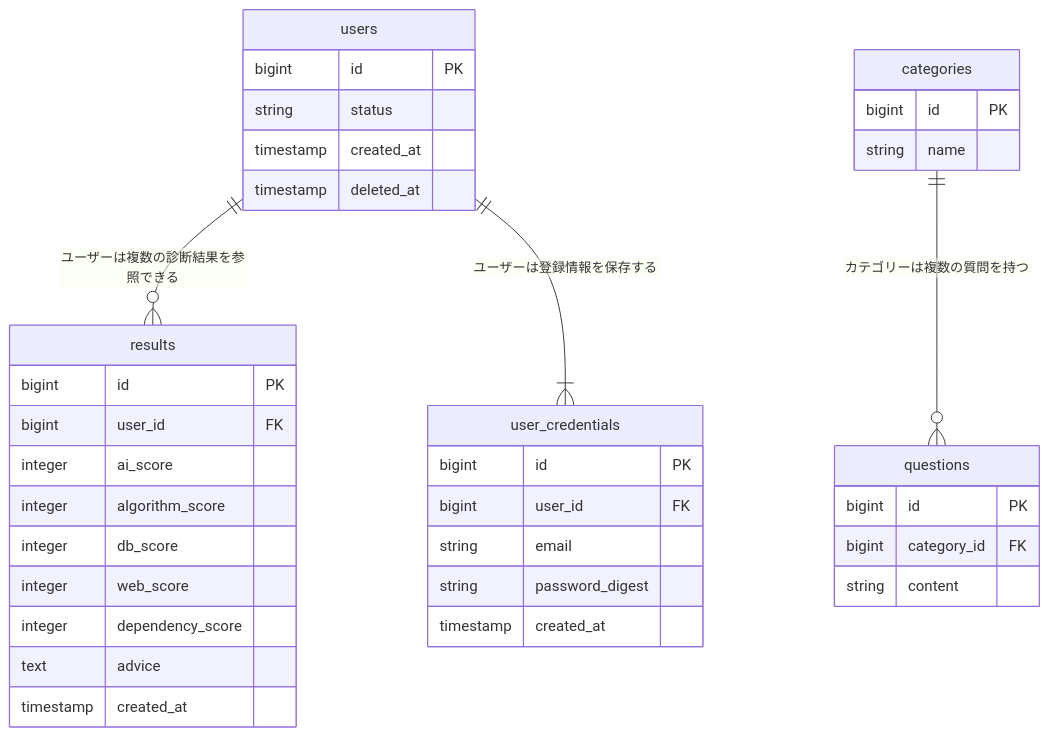
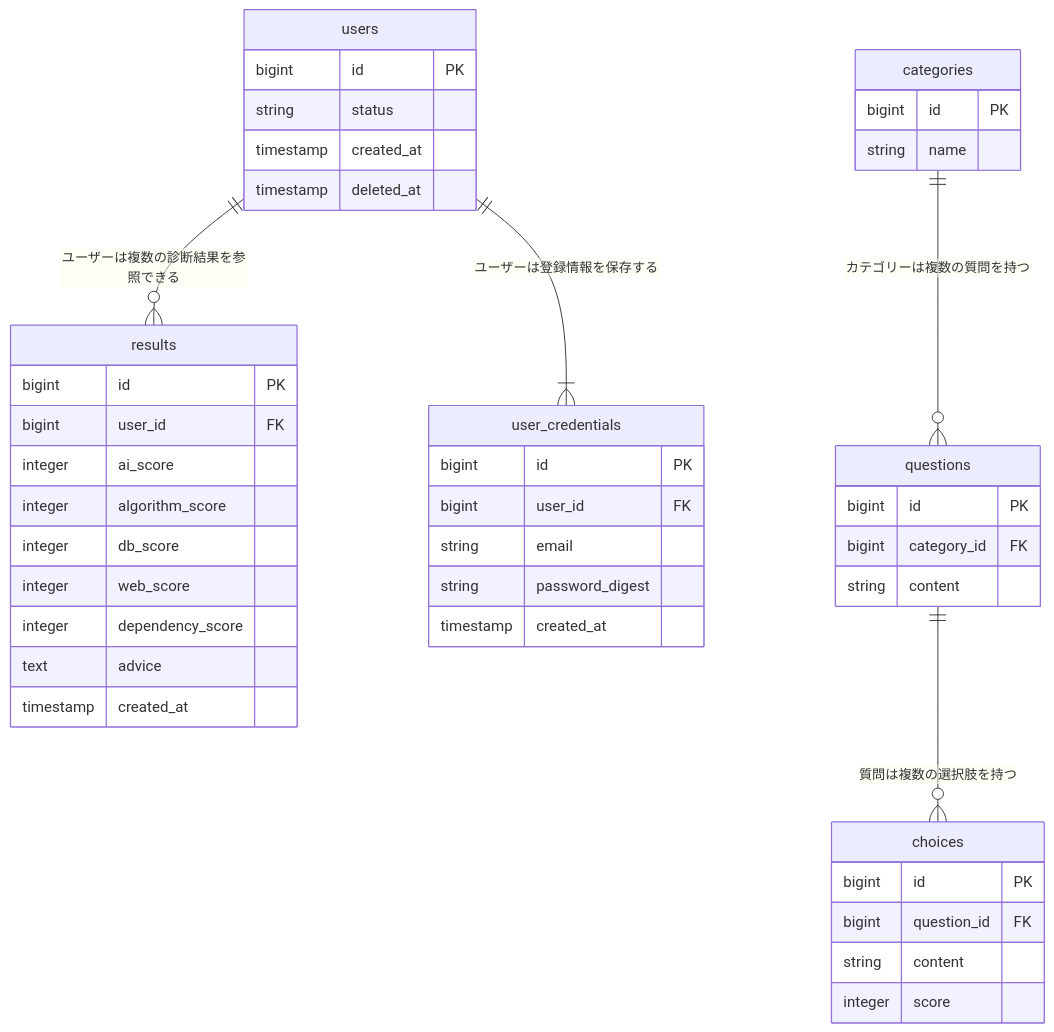
Before and after one commit to rei-dev99/original-product: the diagram in docs/design.md, drawn with Mermaid. The commit also changed other lines of this file, not shown here.

Commit message:
add: choices

````diff
--- a/docs/design.md
+++ b/docs/design.md
@@ -41,44 +41,53 @@
 ```mermaid
 erDiagram
     users ||--o{ results : ユーザーは複数の診断結果を参照できる
     users ||--|{ user_credentials : ユーザーは登録情報を保存する
+
     categories ||--o{ questions : "カテゴリーは複数の質問を持つ"
+    questions ||--o{ choices : "質問は複数の選択肢を持つ"
 
     users {
         bigint id PK
         string status
         timestamp created_at
         timestamp deleted_at
     }
 
     user_credentials {
         bigint id PK
         bigint user_id FK
         string email
         string password_digest
         timestamp created_at
     }
 
     categories {
         bigint id PK
         string name
     }
 
     questions {
         bigint id PK
         bigint category_id FK
         string content
     }
 
+    choices {
+      bigint id PK
+      bigint question_id FK
+      string content
+      integer score
+    }
+
     results {
         bigint id PK
         bigint user_id FK
         integer ai_score
         integer algorithm_score
         integer db_score
         integer web_score
         integer dependency_score
         text advice
         timestamp created_at
     }
 ```
````
